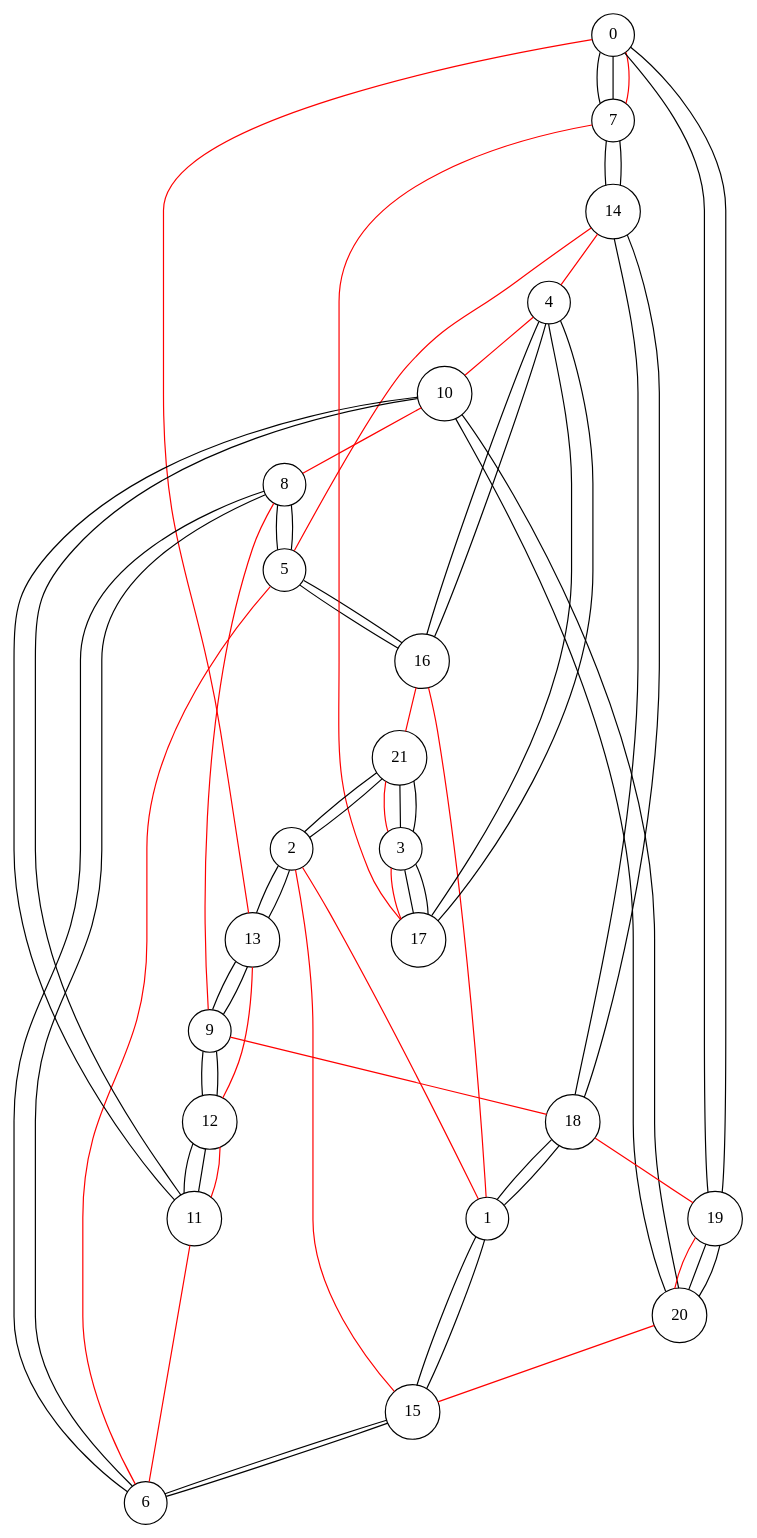
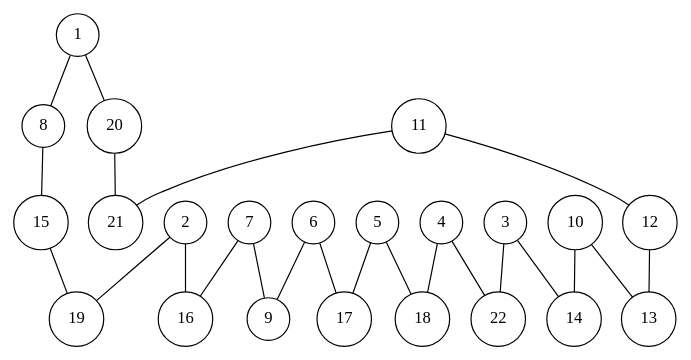
One commit to lugot/tsp-approximation changed the diagram in data_tsplib/ulysses22/ulysses22.dot. Above: the diagram before and after it, drawn with Graphviz. The commit also changed 36 other files, not shown here.

```diff
--- a/data_tsplib/ulysses22/ulysses22.dot
+++ b/data_tsplib/ulysses22/ulysses22.dot
@@ -1,92 +1,48 @@
 graph ulysses22 {
 	node [shape=circle fillcolor=white]
-	0 [ pos = "18.549600,9.905409!"]
-	1 [ pos = "19.194761,12.684938!"]
-	2 [ pos = "19.674994,12.282319!"]
-	3 [ pos = "17.589134,11.215135!"]
-	4 [ pos = "16.240602,5.112782!"]
-	5 [ pos = "18.219743,5.913170!"]
-	6 [ pos = "18.636915,6.359447!"]
-	7 [ pos = "18.200340,9.915110!"]
-	8 [ pos = "20.000000,4.414261!"]
-	9 [ pos = "19.970895,6.330342!"]
-	10 [ pos = "17.501819,-2.527286!"]
-	11 [ pos = "18.661169,7.339316!"]
-	12 [ pos = "18.505942,7.446034!"]
-	13 [ pos = "18.195489,7.358719!"]
-	14 [ pos = "17.215620,6.946398!"]
-	15 [ pos = "19.092894,9.488237!"]
-	16 [ pos = "18.476837,11.816638!"]
-	17 [ pos = "17.506670,11.156925!"]
-	18 [ pos = "19.616784,6.582585!"]
-	19 [ pos = "19.563425,6.863934!"]
-	20 [ pos = "19.582828,6.902741!"]
-	21 [ pos = "18.224594,10.943488!"]
+	1 [ pos = "18.549600,9.905409!"]
+	2 [ pos = "19.194761,12.684938!"]
+	3 [ pos = "19.674994,12.282319!"]
+	4 [ pos = "17.589134,11.215135!"]
+	5 [ pos = "16.240602,5.112782!"]
+	6 [ pos = "18.219743,5.913170!"]
+	7 [ pos = "18.636915,6.359447!"]
+	8 [ pos = "18.200340,9.915110!"]
+	9 [ pos = "20.000000,4.414261!"]
+	10 [ pos = "19.970895,6.330342!"]
+	11 [ pos = "17.501819,-2.527286!"]
+	12 [ pos = "18.661169,7.339316!"]
+	13 [ pos = "18.505942,7.446034!"]
+	14 [ pos = "18.195489,7.358719!"]
+	15 [ pos = "17.215620,6.946398!"]
+	16 [ pos = "19.092894,9.488237!"]
+	17 [ pos = "18.476837,11.816638!"]
+	18 [ pos = "17.506670,11.156925!"]
+	19 [ pos = "19.616784,6.582585!"]
+	20 [ pos = "19.563425,6.863934!"]
+	21 [ pos = "19.582828,6.902741!"]
+	22 [ pos = "18.224594,10.943488!"]
 
-	0 -- 7
-	1 -- 15
-	2 -- 13
-	3 -- 21
-	4 -- 17
-	5 -- 16
-	6 -- 8
-	7 -- 14
-	8 -- 5
-	9 -- 12
-	10 -- 20
-	11 -- 10
-	12 -- 11
-	13 -- 9
-	14 -- 18
-	15 -- 6
-	16 -- 4
-	17 -- 3
-	18 -- 1
-	19 -- 0
-	20 -- 19
-	21 -- 2
-	0 -- 7
-	1 -- 15
-	2 -- 13
-	3 -- 21
-	4 -- 17
-	5 -- 16
-	6 -- 8
-	7 -- 14
-	8 -- 5
-	9 -- 12
-	10 -- 20
-	11 -- 10
-	12 -- 11
-	13 -- 9
-	14 -- 18
-	15 -- 6
-	16 -- 4
-	17 -- 3
-	18 -- 1
-	19 -- 0
-	20 -- 19
-	21 -- 2
-	0 -- 13 [color = red]
-	13 -- 12 [color = red]
-	12 -- 11 [color = red]
-	11 -- 6 [color = red]
-	6 -- 5 [color = red]
-	5 -- 14 [color = red]
-	14 -- 4 [color = red]
-	4 -- 10 [color = red]
-	10 -- 8 [color = red]
-	8 -- 9 [color = red]
-	9 -- 18 [color = red]
-	18 -- 19 [color = red]
-	19 -- 20 [color = red]
-	20 -- 15 [color = red]
-	15 -- 2 [color = red]
-	2 -- 1 [color = red]
-	1 -- 16 [color = red]
-	16 -- 21 [color = red]
-	21 -- 3 [color = red]
-	3 -- 17 [color = red]
-	17 -- 7 [color = red]
-	7 -- 0 [color = red]
+	1 -- 8
+	1 -- 20
+	2 -- 16
+	2 -- 19
+	3 -- 14
+	3 -- 22
+	4 -- 18
+	4 -- 22
+	5 -- 17
+	5 -- 18
+	6 -- 9
+	6 -- 17
+	7 -- 9
+	7 -- 16
+	8 -- 15
+	10 -- 13
+	10 -- 14
+	11 -- 12
+	11 -- 21
+	12 -- 13
+	15 -- 19
+	20 -- 21
 }
```
